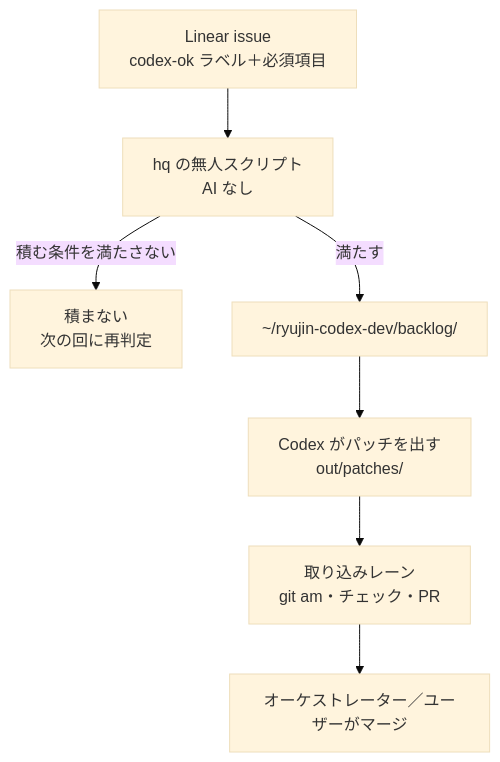
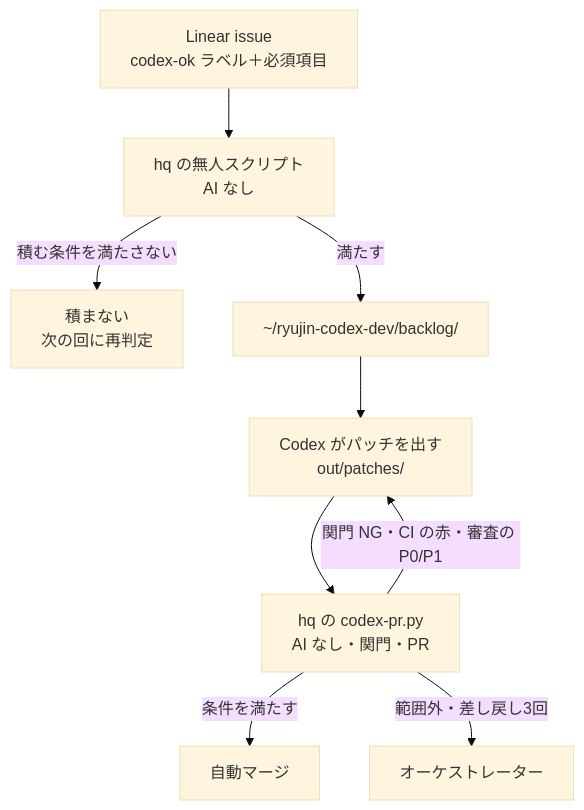
Before and after one commit to rhapsody0919/boatrace-ai-predictor: the diagram in docs/operation/codex-backlog.md, drawn with Mermaid (base theme). The commit also changed other lines of this file and 2 other files, not shown here.

Commit message:
docs: Codex はパッチを出し hq の codex-pr.py が PR・自動マージする流れに AGENTS.md・SKILL・codex-backlog を合わせる
オーナーが 2026-10-23 にこのセッションで文案を承認（AGENTS.md・.claude の変更）。

````diff
--- a/docs/operation/codex-backlog.md
+++ b/docs/operation/codex-backlog.md
@@ -11,9 +11,11 @@
 ```mermaid
 flowchart TD
   A[Linear issue<br/>codex-ok ラベル＋必須項目] --> B[hq の無人スクリプト<br/>AI なし]
   B -->|積む条件を満たさない| W[積まない<br/>次の回に再判定]
   B -->|満たす| C[~/ryujin-codex-dev/backlog/]
   C --> D[Codex がパッチを出す<br/>out/patches/]
-  D --> E[取り込みレーン<br/>git am・チェック・PR]
-  E --> F[オーケストレーター／ユーザーがマージ]
+  D --> E[hq の codex-pr.py<br/>AI なし・関門・PR]
+  E -->|関門 NG・CI の赤・審査の P0/P1| D
+  E -->|条件を満たす| F[自動マージ]
+  E -->|範囲外・差し戻し3回| G[オーケストレーター]
 ```
````
